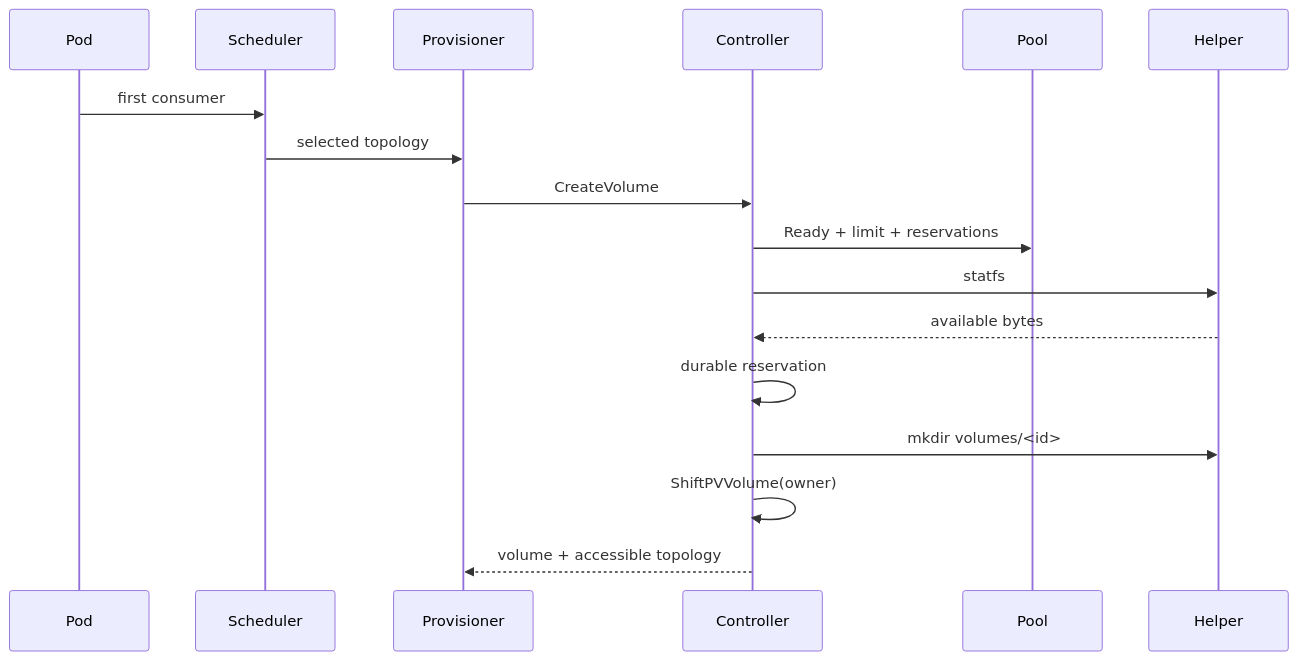
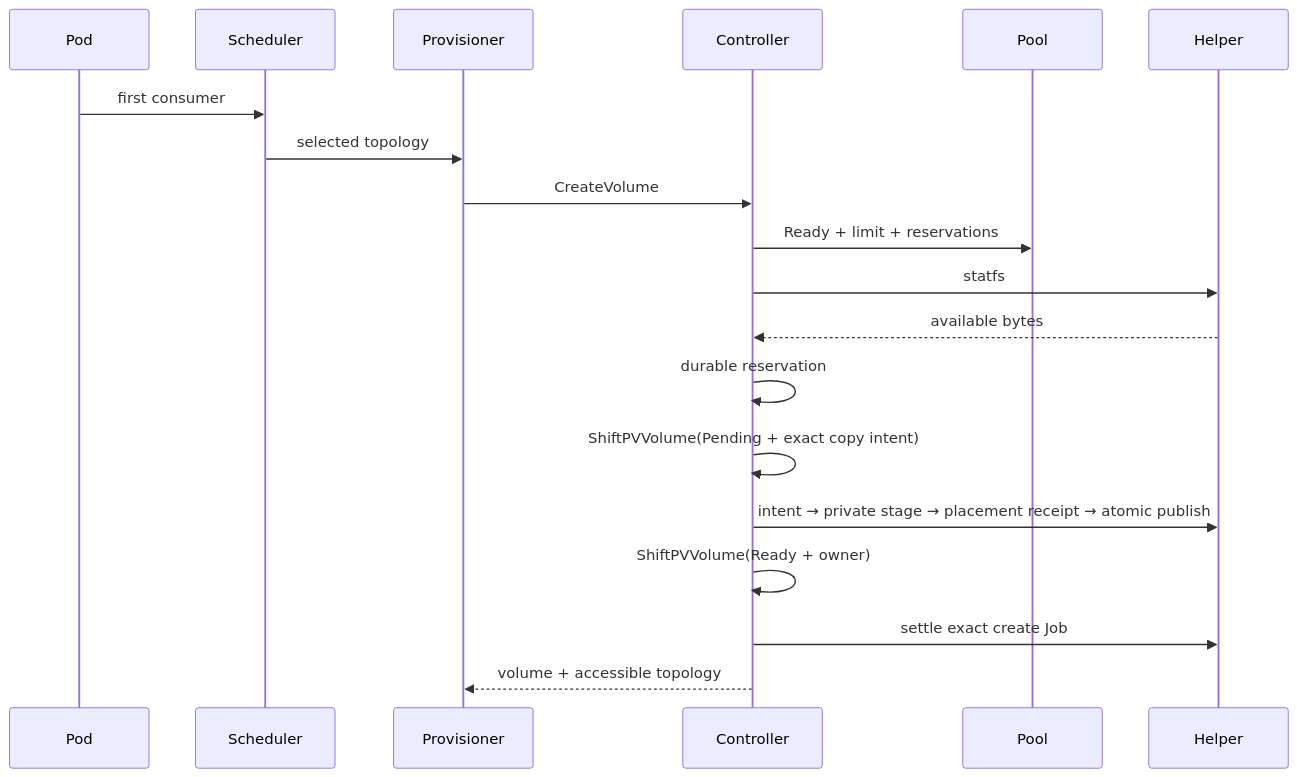
Before and after one commit to cagojeiger/ShiftPV: the second of 3 diagrams in docs/spec/csi-driver.md, drawn with Mermaid. The commit also changed other lines of this file and 166 other files, not shown here.

````diff
--- a/docs/spec/csi-driver.md
+++ b/docs/spec/csi-driver.md
@@ -54,20 +54,22 @@
 ```mermaid
 sequenceDiagram
     participant Pod
     participant Scheduler
     participant Provisioner
     participant Controller
     participant Pool
     participant Helper
 
     Pod->>Scheduler: first consumer
     Scheduler->>Provisioner: selected topology
     Provisioner->>Controller: CreateVolume
     Controller->>Pool: Ready + limit + reservations
     Controller->>Helper: statfs
     Helper-->>Controller: available bytes
     Controller->>Controller: durable reservation
-    Controller->>Helper: mkdir volumes/<id>
-    Controller->>Controller: ShiftPVVolume(owner)
+    Controller->>Controller: ShiftPVVolume(Pending + exact copy intent)
+    Controller->>Helper: intent → private stage → placement receipt → atomic publish
+    Controller->>Controller: ShiftPVVolume(Ready + owner)
+    Controller->>Helper: settle exact create Job
     Controller-->>Provisioner: volume + accessible topology
 ```
````
